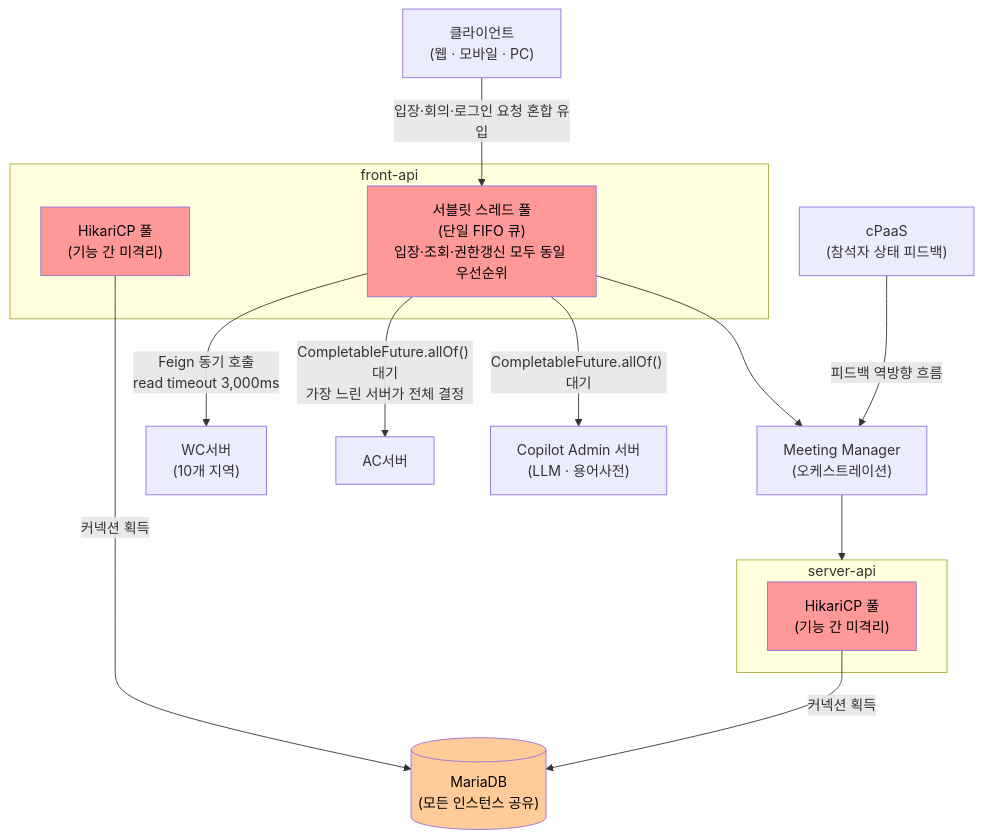
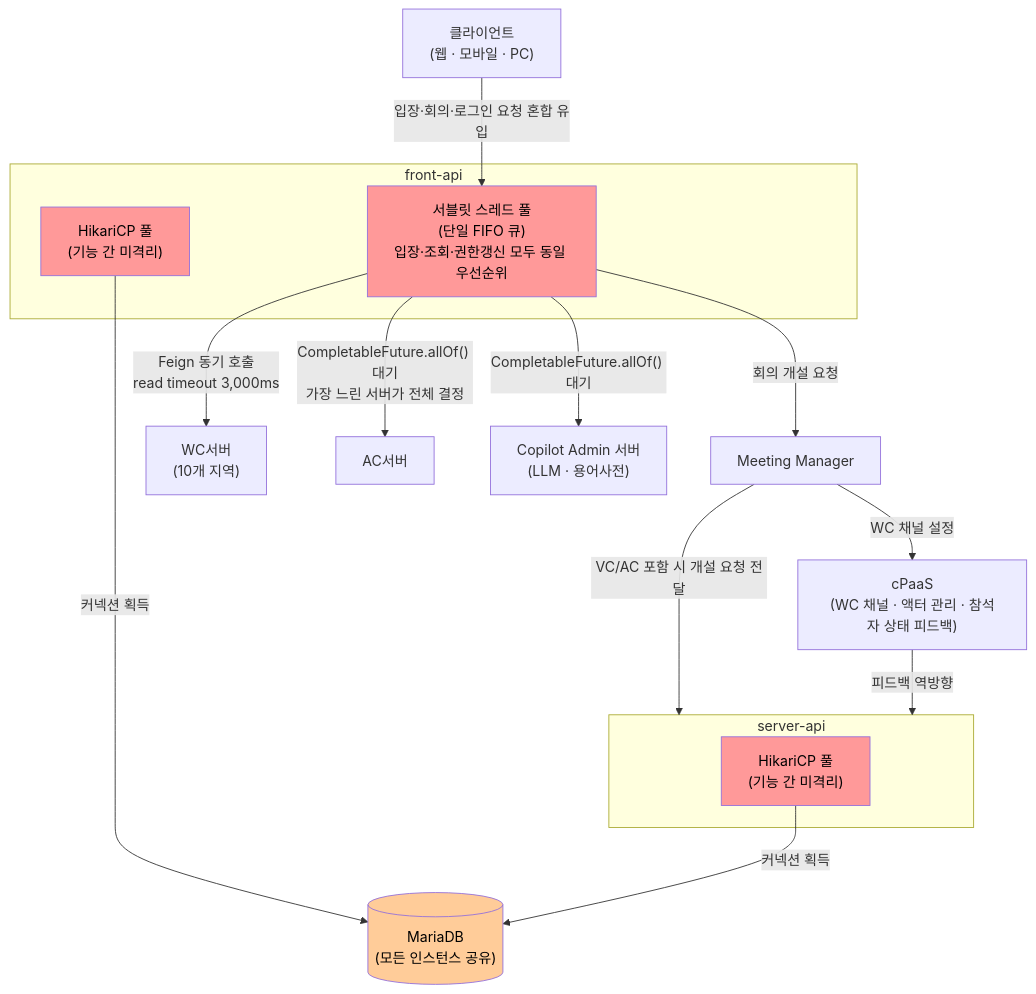
Before and after one commit to sujinnkim/A_Personal: the diagram in docs/02-system-overview/1.1-background.md, drawn with Mermaid. The commit also changed other lines of this file and 36 other files, not shown here.

First line of the commit message:
docs/report: UC 다이어그램 정리, AS 채번·전략명 정비, 대안별 mermaid 도식 추가 및 그림 전체 채번

````diff
--- a/docs/02-system-overview/1.1-background.md
+++ b/docs/02-system-overview/1.1-background.md
@@ -39,38 +39,39 @@
 ```mermaid
 flowchart TD
     Client["클라이언트\n(웹 · 모바일 · PC)"]
-    cPaaS_node["cPaaS\n(참석자 상태 피드백)"]
+    cPaaS_node["cPaaS\n(WC 채널 · 액터 관리 · 참석자 상태 피드백)"]
 
     subgraph front["front-api"]
         FTP["서블릿 스레드 풀\n(단일 FIFO 큐)\n입장·조회·권한갱신 모두 동일 우선순위"]
         FCP["HikariCP 풀\n(기능 간 미격리)"]
     end
 
     subgraph server["server-api"]
         SCP["HikariCP 풀\n(기능 간 미격리)"]
     end
 
-    MM["Meeting Manager\n(오케스트레이션)"]
+    MM["Meeting Manager"]
     DB[("MariaDB\n(모든 인스턴스 공유)")]
 
     WC["WC서버\n(10개 지역)"]
     AC["AC서버"]
     Copilot["Copilot Admin 서버\n(LLM · 용어사전)"]
 
     Client -->|"입장·회의·로그인 요청 혼합 유입"| FTP
-    FTP --> MM
+    FTP -->|"회의 개설 요청"| MM
     FTP -->|"Feign 동기 호출\nread timeout 3,000ms"| WC
     FTP -->|"CompletableFuture.allOf() 대기\n가장 느린 서버가 전체 결정"| AC
     FTP -->|"CompletableFuture.allOf() 대기"| Copilot
     FCP -->|"커넥션 획득"| DB
 
-    MM --> server
+    MM -->|"WC 채널 설정"| cPaaS_node
+    MM -->|"VC/AC 포함 시 개설 요청 전달"| server
     SCP -->|"커넥션 획득"| DB
 
-    cPaaS_node -->|"피드백 역방향 흐름"| MM
+    cPaaS_node -->|"피드백 역방향"| server
 
     style FTP fill:#ff9999,color:#000
     style FCP fill:#ff9999,color:#000
     style SCP fill:#ff9999,color:#000
     style DB fill:#ffcc99,color:#000
 ```
````
